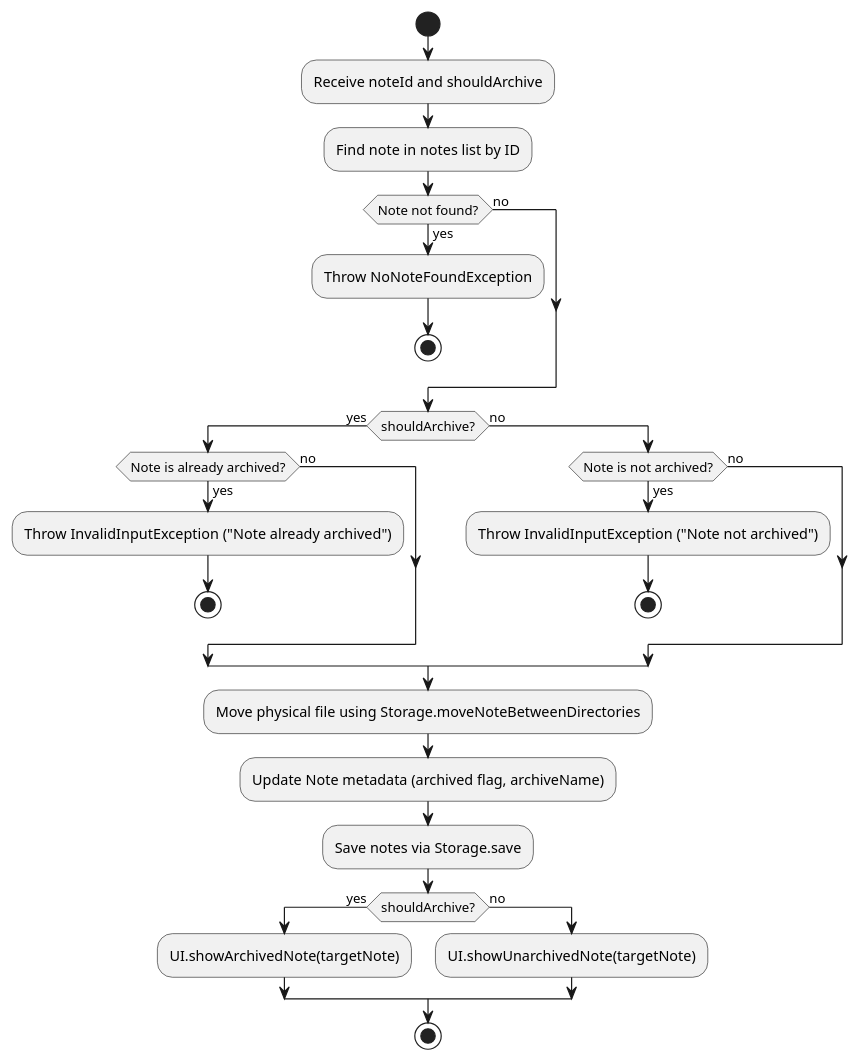
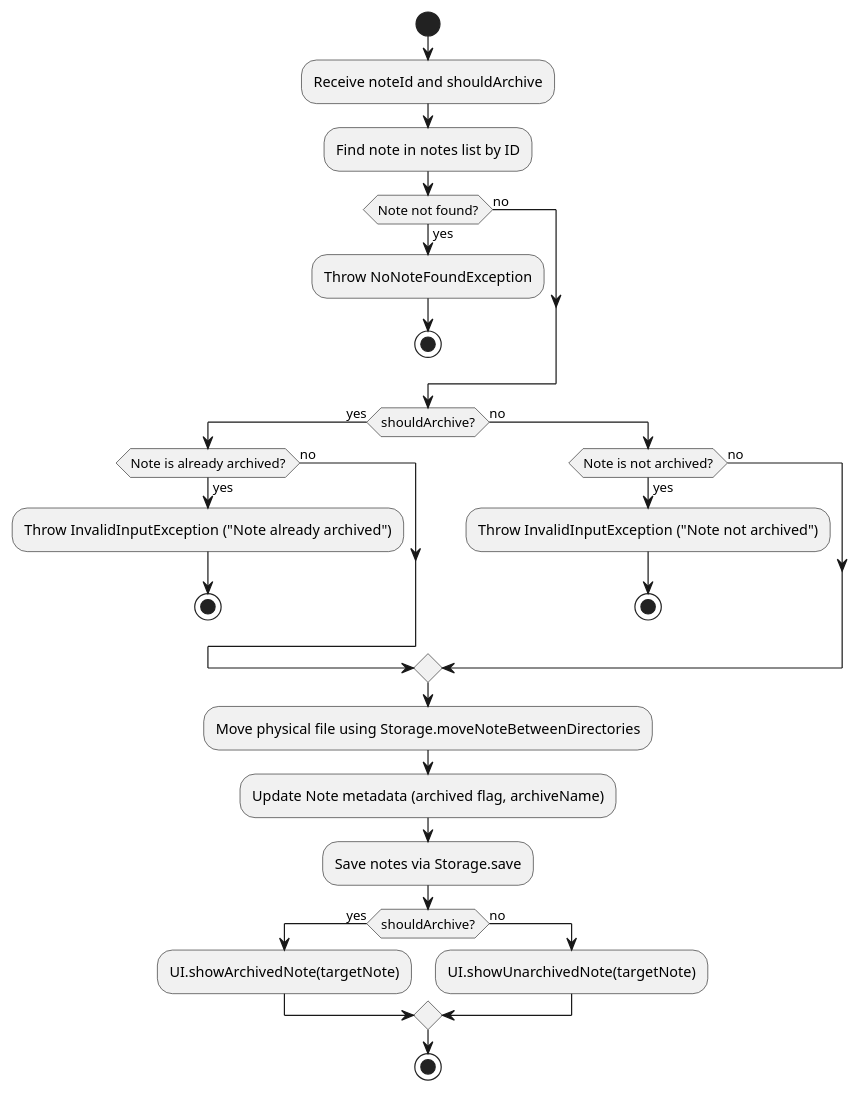
The diagram in docs/diagrams/ArchiveFlowActivity.puml (shauntsr/tp), drawn with PlantUML before and after one commit. The commit also changed 20 other files, not shown here.

```diff
--- a/docs/diagrams/ArchiveFlowActivity.puml
+++ b/docs/diagrams/ArchiveFlowActivity.puml
@@ -1,39 +1,38 @@
 @startuml ArchiveFlow
 start
-skinparam ConditionEndStyle hline
 :Receive noteId and shouldArchive;
 
 :Find note in notes list by ID;
 if (Note not found?) then (yes)
   :Throw NoNoteFoundException;
   stop
 else (no)
 endif
 
 if (shouldArchive?) then (yes)
   if (Note is already archived?) then (yes)
     :Throw InvalidInputException ("Note already archived");
     stop
   else (no)
   endif
 else (no)
   if (Note is not archived?) then (yes)
     :Throw InvalidInputException ("Note not archived");
     stop
   else (no)
   endif
 endif
 
 :Move physical file using Storage.moveNoteBetweenDirectories;
 :Update Note metadata (archived flag, archiveName);
 
 :Save notes via Storage.save;
 
 if (shouldArchive?) then (yes)
   :UI.showArchivedNote(targetNote);
 else (no)
   :UI.showUnarchivedNote(targetNote);
 endif
 
 stop
 @enduml
```
